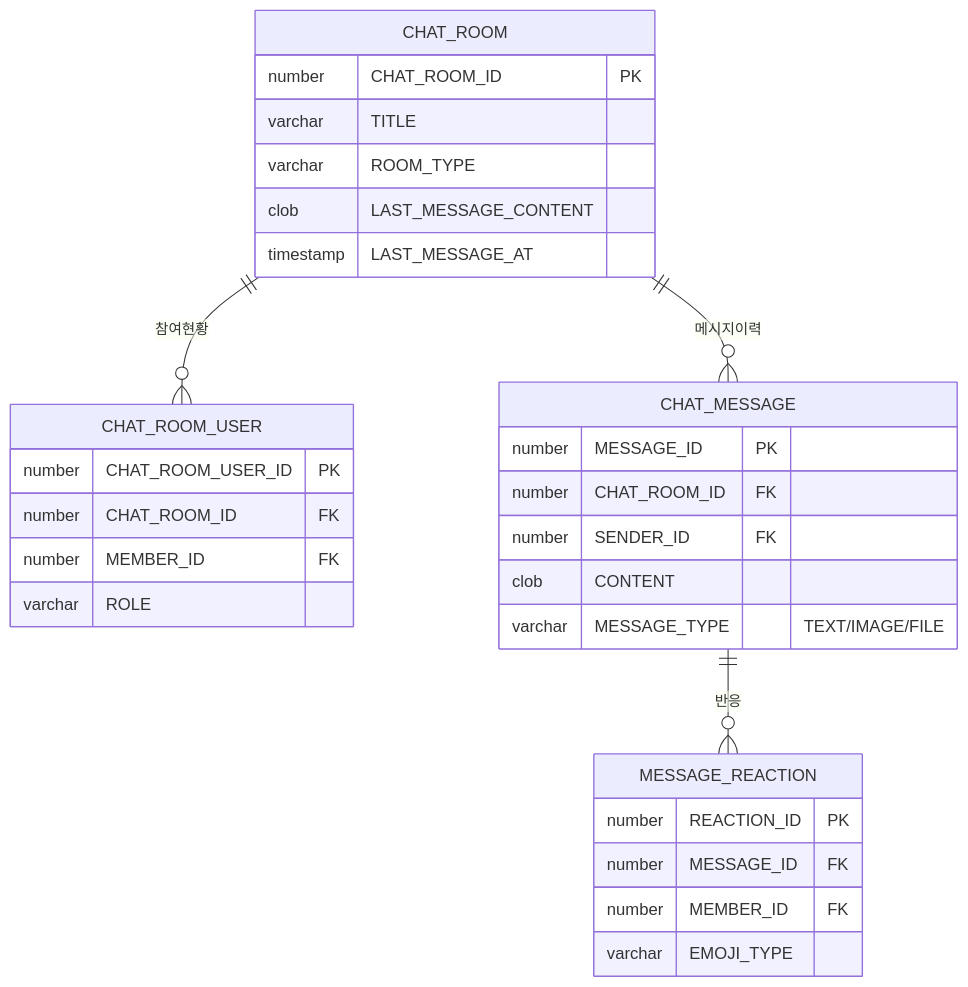
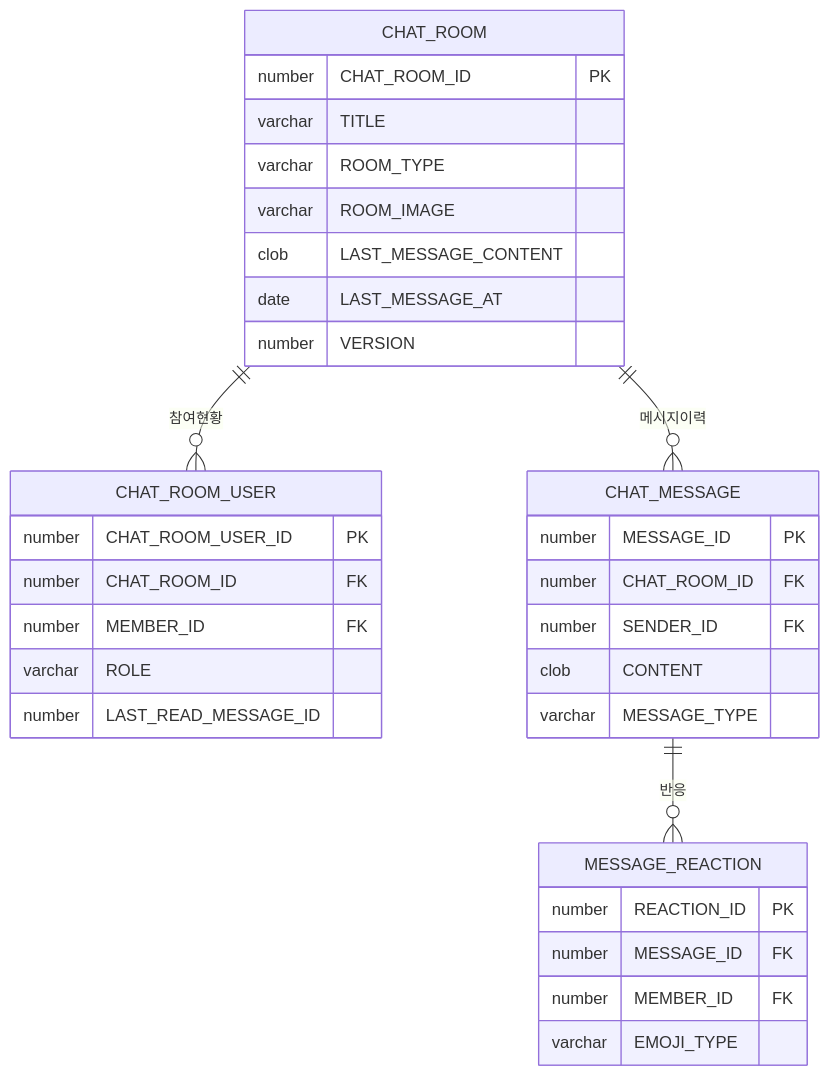
Before and after one commit to KJH-Portfolio/202602-Environmenta-Organization: the third of 7 diagrams in erd.md, drawn with Mermaid. The commit also changed other lines of this file, not shown here.

````diff
--- a/erd.md
+++ b/erd.md
@@ -265,32 +487,35 @@
 ```mermaid
 erDiagram
     CHAT_ROOM {
         number CHAT_ROOM_ID PK
         varchar TITLE
         varchar ROOM_TYPE
+        varchar ROOM_IMAGE
         clob LAST_MESSAGE_CONTENT
-        timestamp LAST_MESSAGE_AT
+        date LAST_MESSAGE_AT
+        number VERSION
     }
     CHAT_ROOM_USER {
         number CHAT_ROOM_USER_ID PK
         number CHAT_ROOM_ID FK
         number MEMBER_ID FK
         varchar ROLE
+        number LAST_READ_MESSAGE_ID
     }
     CHAT_MESSAGE {
         number MESSAGE_ID PK
         number CHAT_ROOM_ID FK
         number SENDER_ID FK
         clob CONTENT
-        varchar MESSAGE_TYPE "TEXT/IMAGE/FILE"
+        varchar MESSAGE_TYPE
     }
     MESSAGE_REACTION {
         number REACTION_ID PK
         number MESSAGE_ID FK
         number MEMBER_ID FK
         varchar EMOJI_TYPE
     }
     CHAT_ROOM ||--o{ CHAT_ROOM_USER : "참여현황"
     CHAT_ROOM ||--o{ CHAT_MESSAGE : "메시지이력"
     CHAT_MESSAGE ||--o{ MESSAGE_REACTION : "반응"
 ```
````
